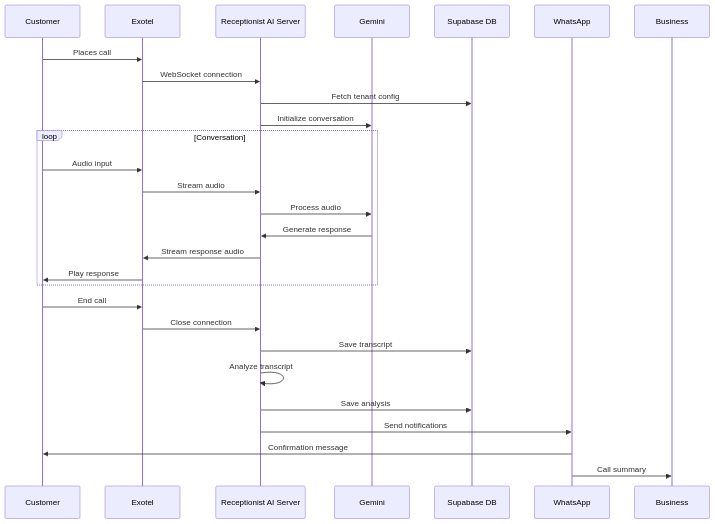
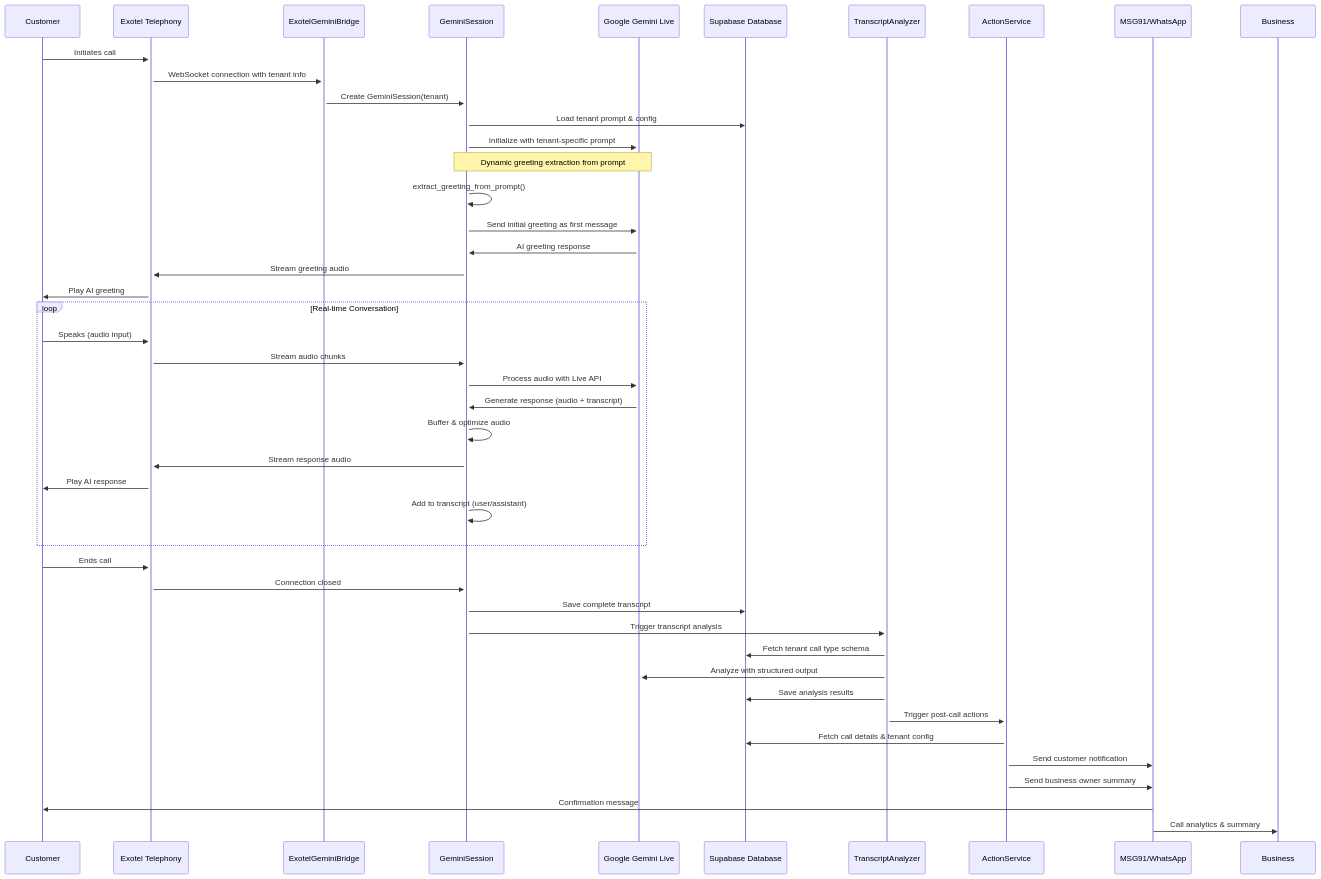
The diagram in README.md (SandilyaSub/Receptionist), drawn with Mermaid before and after one commit. The commit also changed other lines of this file and 3 other files, not shown here.

````diff
--- a/README.md
+++ b/README.md
@@ -48,32 +68,50 @@
 ```mermaid
 sequenceDiagram
     participant Customer
-    participant Exotel
-    participant Server as Receptionist AI Server
-    participant Gemini
-    participant DB as Supabase DB
-    participant WhatsApp
+    participant Exotel as Exotel Telephony
+    participant Bridge as ExotelGeminiBridge
+    participant Session as GeminiSession
+    participant Gemini as Google Gemini Live
+    participant DB as Supabase Database
+    participant Analyzer as TranscriptAnalyzer
+    participant Action as ActionService
+    participant WhatsApp as MSG91/WhatsApp
 
-    Customer->>Exotel: Places call
-    Exotel->>Server: WebSocket connection
-    Server->>DB: Fetch tenant config
-    Server->>Gemini: Initialize conversation
+    Customer->>+Exotel: Initiates call
+    Exotel->>+Bridge: WebSocket connection with tenant info
+    Bridge->>+Session: Create GeminiSession(tenant)
+    Session->>DB: Load tenant prompt & config
+    Session->>+Gemini: Initialize with tenant-specific prompt
     
-    loop Conversation
-        Customer->>Exotel: Audio input
-        Exotel->>Server: Stream audio
-        Server->>Gemini: Process audio
-        Gemini->>Server: Generate response
-        Server->>Exotel: Stream response audio
-        Exotel->>Customer: Play response
+    Note over Session,Gemini: Dynamic greeting extraction from prompt
+    Session->>Session: extract_greeting_from_prompt()
+    Session->>Gemini: Send initial greeting as first message
+    Gemini->>Session: AI greeting response
+    Session->>Exotel: Stream greeting audio
+    Exotel->>Customer: Play AI greeting
+    
+    loop Real-time Conversation
+        Customer->>Exotel: Speaks (audio input)
+        Exotel->>Session: Stream audio chunks
+        Session->>Gemini: Process audio with Live API
+        Gemini->>Session: Generate response (audio + transcript)
+        Session->>Session: Buffer & optimize audio
+        Session->>Exotel: Stream response audio
+        Exotel->>Customer: Play AI response
+        Session->>Session: Add to transcript (user/assistant)
     end
     
-    Customer->>Exotel: End call
-    Exotel->>Server: Close connection
-    Server->>DB: Save transcript
-    Server->>Server: Analyze transcript
-    Server->>DB: Save analysis
-    Server->>WhatsApp: Send notifications
+    Customer->>Exotel: Ends call
+    Exotel->>Session: Connection closed
+    Session->>DB: Save complete transcript
+    Session->>+Analyzer: Trigger transcript analysis
+    Analyzer->>DB: Fetch tenant call type schema
+    Analyzer->>Gemini: Analyze with structured output
+    Analyzer->>DB: Save analysis results
+    Analyzer->>+Action: Trigger post-call actions
+    Action->>DB: Fetch call details & tenant config
+    Action->>WhatsApp: Send customer notification
+    Action->>WhatsApp: Send business owner summary
     WhatsApp->>Customer: Confirmation message
-    WhatsApp->>Business: Call summary
+    WhatsApp->>Business: Call analytics & summary
 ```
````
